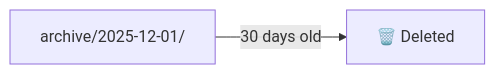
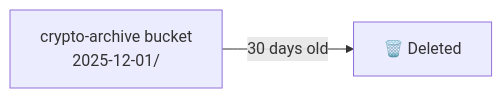
The fourth of 9 diagrams in docs/DATA_PIPELINE.md (pathust/CryptoSimpleDataPipeline), drawn with Mermaid before and after one commit. The commit also changed other lines of this file and 3 other files, not shown here.

````diff
--- a/docs/DATA_PIPELINE.md
+++ b/docs/DATA_PIPELINE.md
@@ -319,4 +441,4 @@
 ```mermaid
 flowchart LR
-    Archive["archive/2025-12-01/"] -->|"30 days old"| Delete["🗑️ Deleted"]
+    Archive["crypto-archive bucket<br/>2025-12-01/"] -->|"30 days old"| Delete["🗑️ Deleted"]
 ```
````
